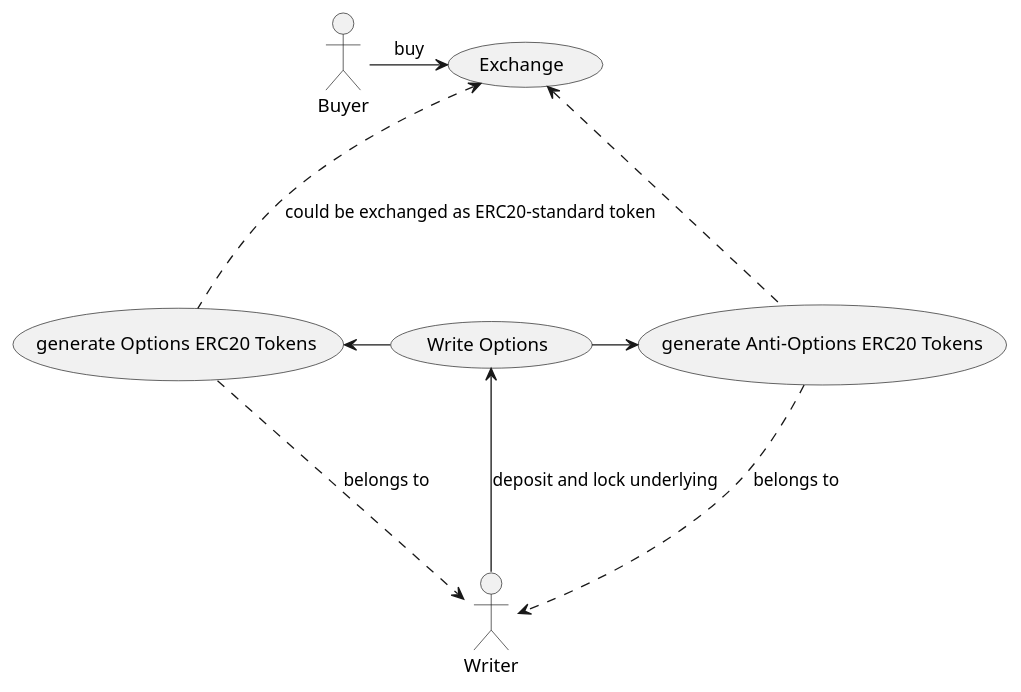
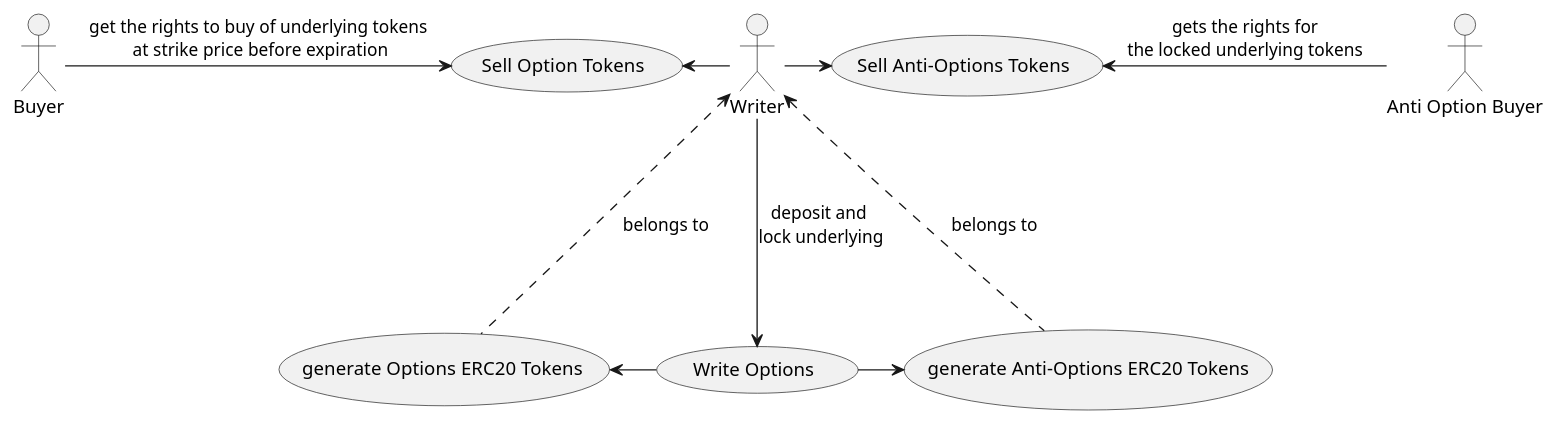
The diagram in docs/dias/write.puml (mxn/eth_option), drawn with PlantUML before and after one commit. The commit also changed 1 other file, not shown here.

```diff
--- a/docs/dias/write.puml
+++ b/docs/dias/write.puml
@@ -1,24 +1,25 @@
 @startuml
 :Writer: as Writer
 (Write Options) as (write)
 (generate Options ERC20 Tokens) as (genOpts)
 (generate Anti-Options ERC20 Tokens) as (genAntiOpts)
 
-Writer --> (write): deposit and lock underlying
+Writer -down-> (write): deposit and \nlock underlying
 
 (write) -left-> (genOpts)
 
 (write) -right-> (genAntiOpts)
 
+(genOpts) .up..> Writer: belongs to
+(genAntiOpts) .up..> Writer: belongs to
 
-(genOpts) ...> Writer: belongs to
-(genAntiOpts) ...> Writer: belongs to
-(genOpts) ..up.> (Exchange): could be exchanged as ERC20-standard token
-(genAntiOpts) ..up.> (Exchange)
+(Sell Option Tokens) as sellOpts
+(Sell Anti-Options Tokens) as sellAntiOpts
 
-Buyer -right-> (Exchange): buy
-
-
+Writer -left-> sellOpts
+sellOpts <-left- Buyer: get the rights to buy of underlying tokens\n at strike price before expiration
+Writer -right-> sellAntiOpts
+sellAntiOpts <-right- :Anti Option Buyer: :  gets the rights for\nthe locked underlying tokens
 
 
 @enduml
```
